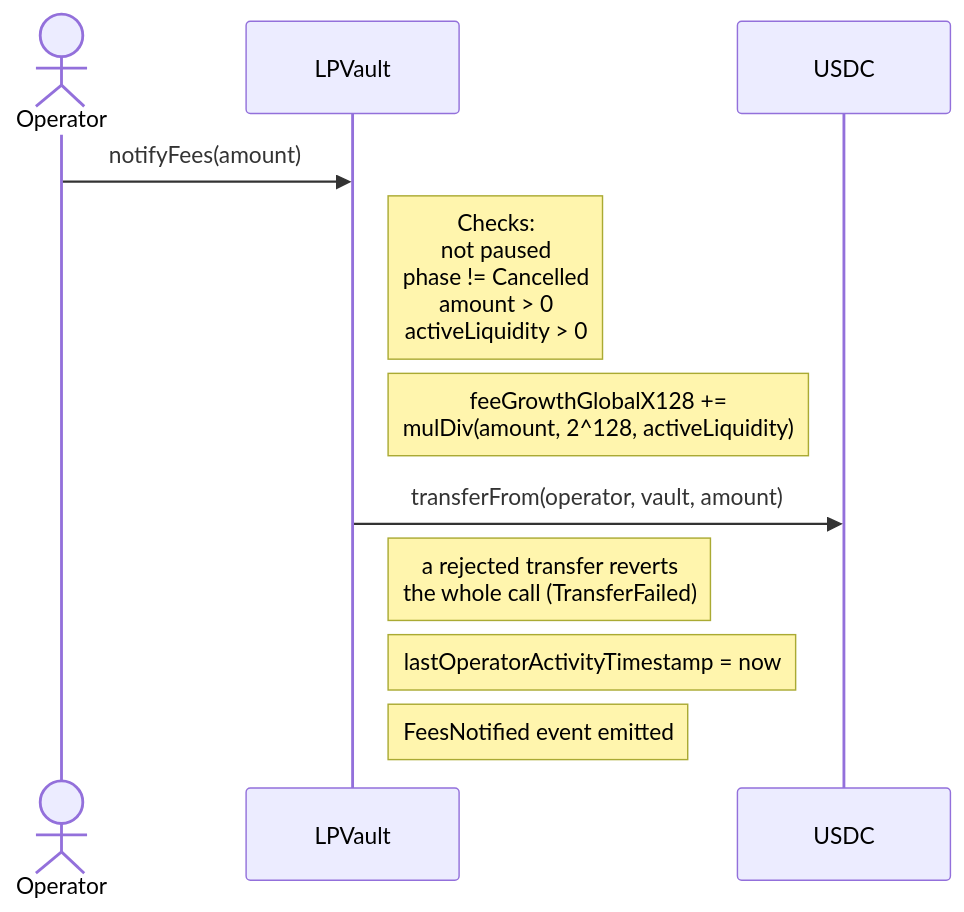
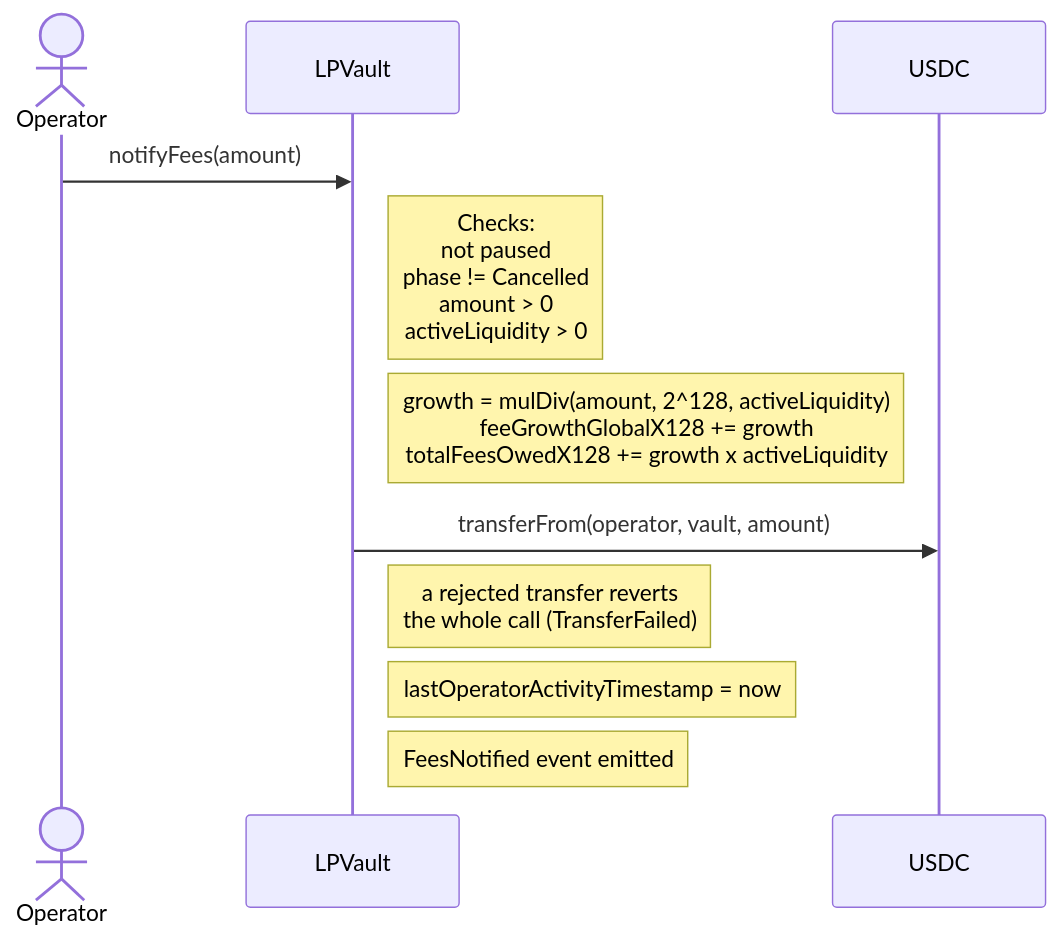
Before and after one commit to ProphetMarket/lp-vaults: the eighth of 33 diagrams in REFERENCE.md, drawn with Mermaid. The commit also changed other lines of this file and 3 other files, not shown here.

````diff
--- a/REFERENCE.md
+++ b/REFERENCE.md
@@ -443,14 +443,14 @@
 ```mermaid
 sequenceDiagram
     actor Operator
     participant Vault as LPVault
     participant USDC
 
     Operator->>Vault: notifyFees(amount)
     Note right of Vault: Checks:<br/>not paused<br/>phase != Cancelled<br/>amount > 0<br/>activeLiquidity > 0
-    Note right of Vault: feeGrowthGlobalX128 +=<br/>mulDiv(amount, 2^128, activeLiquidity)
+    Note right of Vault: growth = mulDiv(amount, 2^128, activeLiquidity)<br/>feeGrowthGlobalX128 += growth<br/>totalFeesOwedX128 += growth x activeLiquidity
     Vault->>USDC: transferFrom(operator, vault, amount)
     Note right of Vault: a rejected transfer reverts<br/>the whole call (TransferFailed)
     Note right of Vault: lastOperatorActivityTimestamp = now
     Note right of Vault: FeesNotified event emitted
 ```
````
